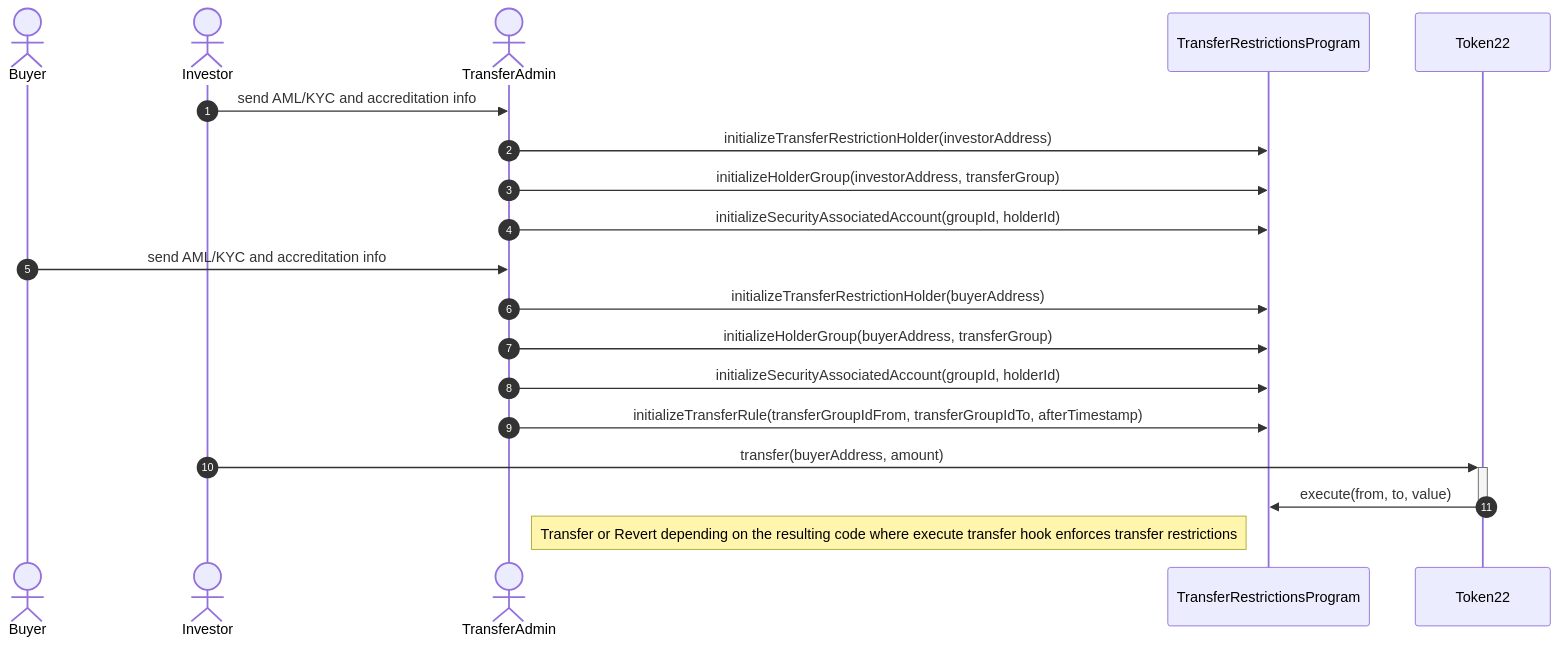
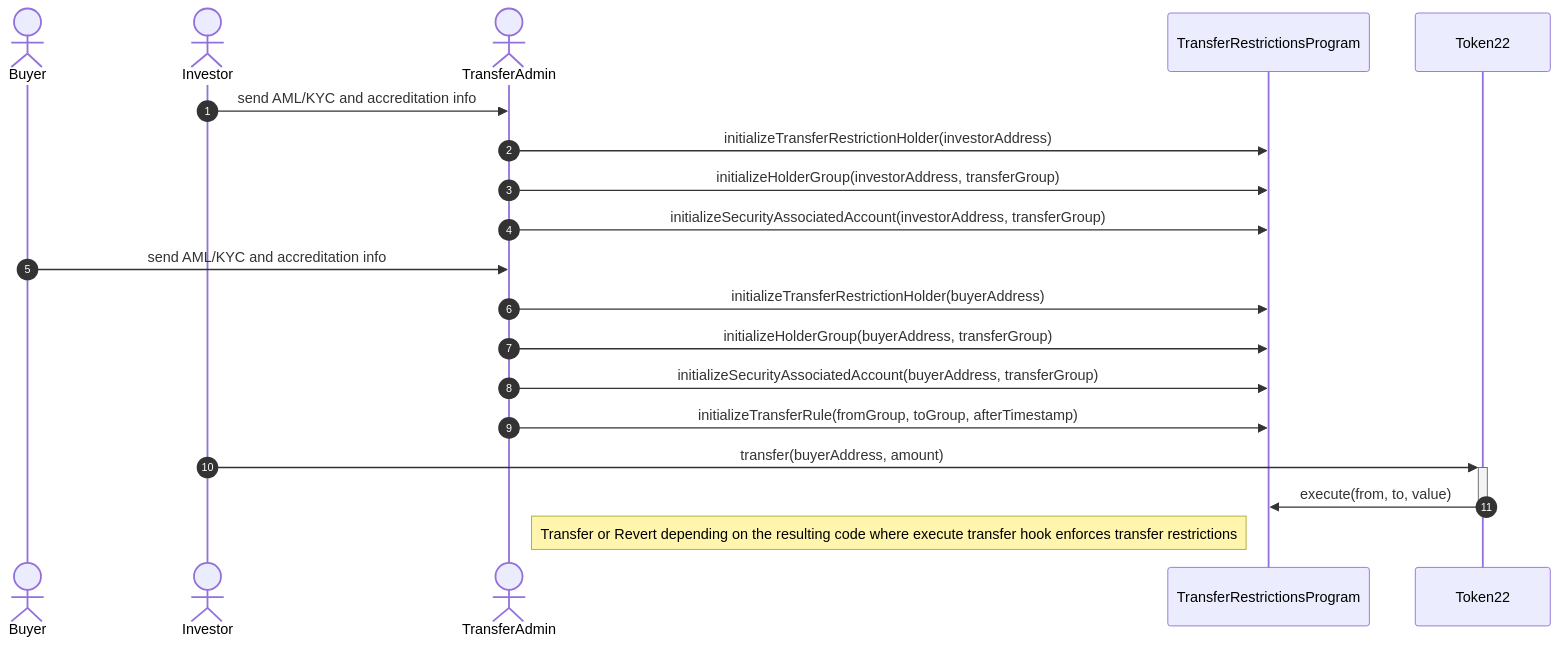
Before and after one commit to upsideos/upsideos-solana-rwa: the second of 7 diagrams in README.md, drawn with Mermaid. The commit also changed other lines of this file, not shown here.

````diff
--- a/README.md
+++ b/README.md
@@ -63,25 +63,25 @@
 ```mermaid
 sequenceDiagram
   autonumber
   actor Buyer
   actor Investor
   actor TransferAdmin
 
   participant TransferRestrictionsProgram
   participant Token22
 
   Investor ->> TransferAdmin: send AML/KYC and accreditation info
   TransferAdmin ->> TransferRestrictionsProgram: initializeTransferRestrictionHolder(investorAddress)
   TransferAdmin ->> TransferRestrictionsProgram: initializeHolderGroup(investorAddress, transferGroup)
-  TransferAdmin ->> TransferRestrictionsProgram: initializeSecurityAssociatedAccount(groupId, holderId)
+  TransferAdmin ->> TransferRestrictionsProgram: initializeSecurityAssociatedAccount(investorAddress, transferGroup)
 
   Buyer ->> TransferAdmin: send AML/KYC and accreditation info
   TransferAdmin ->> TransferRestrictionsProgram: initializeTransferRestrictionHolder(buyerAddress)
   TransferAdmin ->> TransferRestrictionsProgram: initializeHolderGroup(buyerAddress, transferGroup)
-  TransferAdmin ->> TransferRestrictionsProgram: initializeSecurityAssociatedAccount(groupId, holderId)
-  TransferAdmin ->> TransferRestrictionsProgram: initializeTransferRule(transferGroupIdFrom, transferGroupIdTo, afterTimestamp)
+  TransferAdmin ->> TransferRestrictionsProgram: initializeSecurityAssociatedAccount(buyerAddress, transferGroup)
+  TransferAdmin ->> TransferRestrictionsProgram: initializeTransferRule(fromGroup, toGroup, afterTimestamp)
 
   Investor ->>+ Token22: transfer(buyerAddress, amount)
   Token22 ->>- TransferRestrictionsProgram: execute(from, to, value)
   Note left of TransferRestrictionsProgram: Transfer or Revert depending on the resulting code where execute transfer hook enforces transfer restrictions
 ```
````
